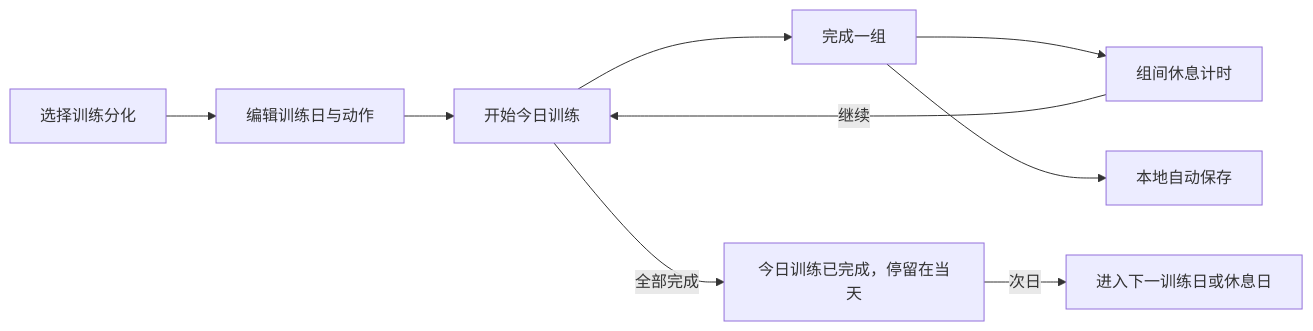
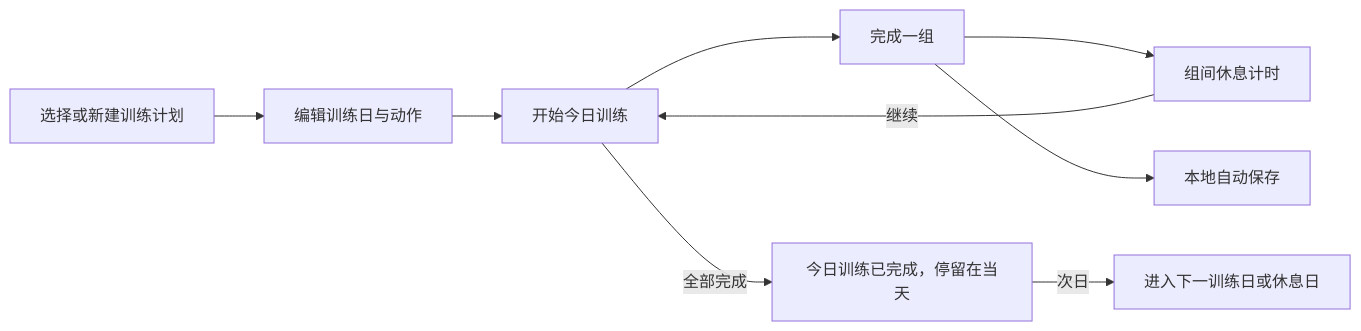
Before and after one commit to nannan9114/fitness-training-app: the first of 3 diagrams in README.md, drawn with Mermaid. The commit also changed other lines of this file, not shown here.

````diff
--- a/README.md
+++ b/README.md
@@ -50,11 +60,11 @@
 ```mermaid
 flowchart LR
-    A[选择训练分化] --> B[编辑训练日与动作]
+    A[选择或新建训练计划] --> B[编辑训练日与动作]
     B --> C[开始今日训练]
     C --> D[完成一组]
     D --> E[组间休息计时]
     E -->|继续| C
     D --> F[本地自动保存]
     C -->|全部完成| G[今日训练已完成，停留在当天]
     G -->|次日| H[进入下一训练日或休息日]
 ```
````
